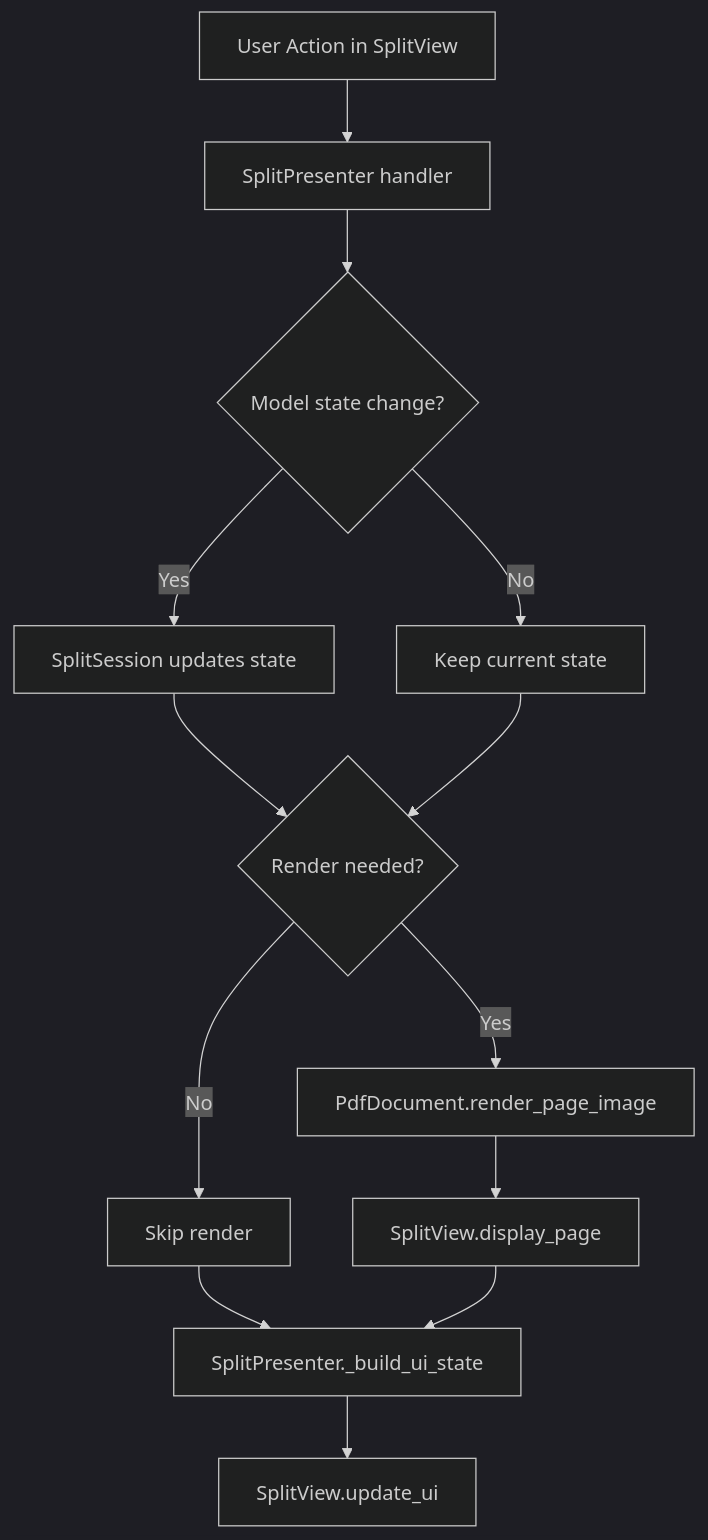
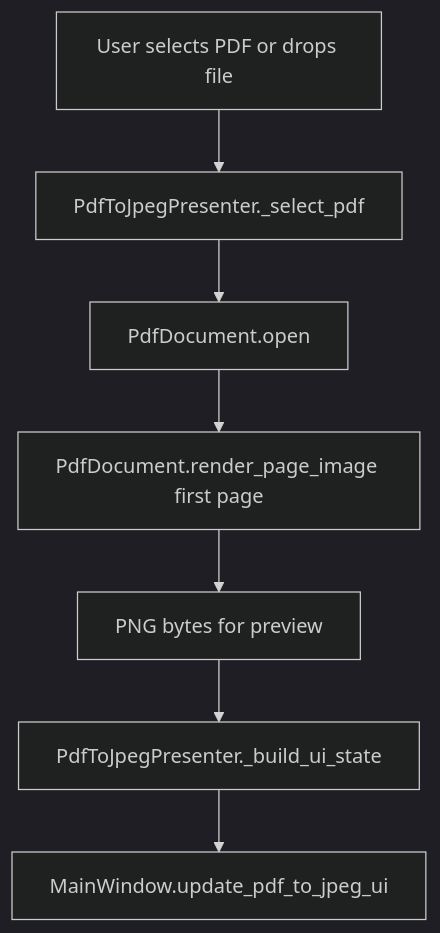
One commit to sho-kawasaki-dd/pdf_toolbox changed the first of 3 diagrams in docs/developer-architecture.md. Above: the diagram before and after it, drawn with Mermaid (dark theme). The commit also changed other lines of this file and 25 other files, not shown here.

````diff
--- a/docs/developer-architecture.md
+++ b/docs/developer-architecture.md
@@ -155,15 +182,9 @@
 ```mermaid
 flowchart TD
-  A[User Action in SplitView] --> B[SplitPresenter handler]
-    B --> C{Model state change?}
-    C -->|Yes| D[SplitSession updates state]
-    C -->|No| E[Keep current state]
-    D --> F{Render needed?}
-    E --> F
-    F -->|Yes| G[PdfDocument.render_page_image]
-    F -->|No| H[Skip render]
-  G --> I[SplitView.display_page]
-  H --> J[SplitPresenter._build_ui_state]
-    I --> J
-  J --> K[SplitView.update_ui]
+  A[User selects PDF or drops file] --> B[PdfToJpegPresenter._select_pdf]
+  B --> C[PdfDocument.open]
+  C --> D[PdfDocument.render_page_image first page]
+  D --> E[PNG bytes for preview]
+  E --> F[PdfToJpegPresenter._build_ui_state]
+  F --> G[MainWindow.update_pdf_to_jpeg_ui]
 ```
````
